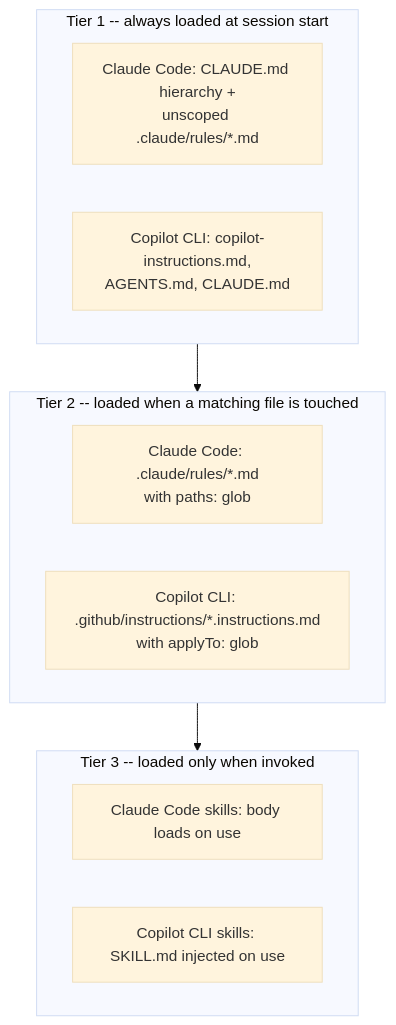
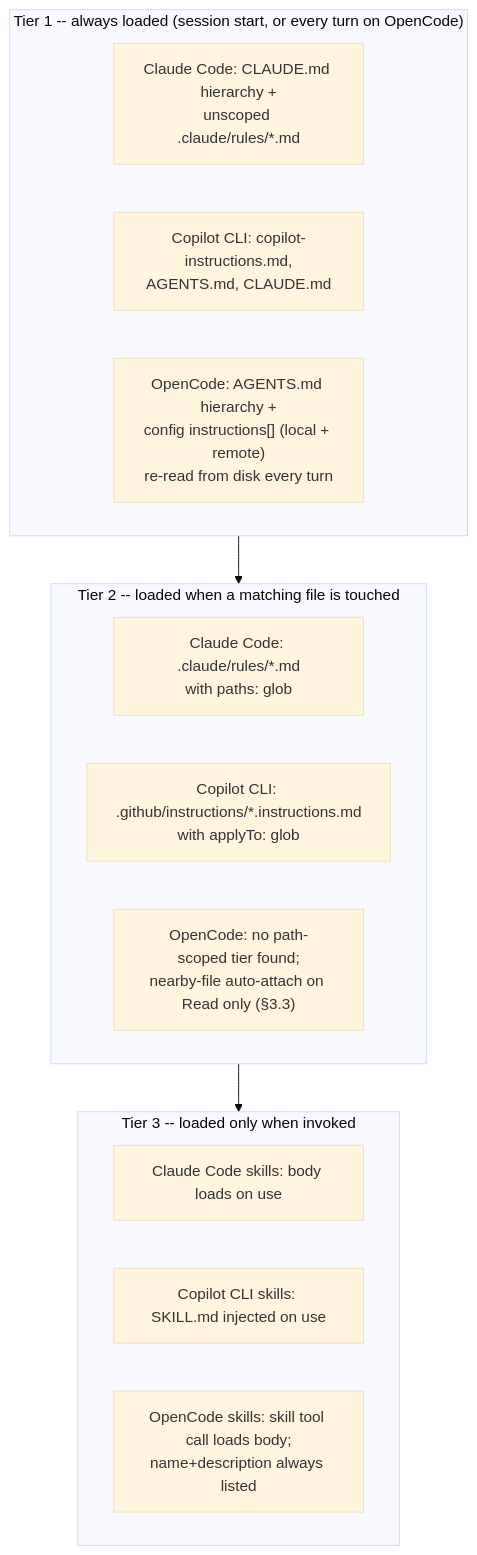
Before and after one commit to sfernandezplain/AIrchon: the diagram in references/harnesses/instruction-context-budget.md, drawn with Mermaid (base theme). The commit also changed other lines of this file and 42 other files, not shown here.

````diff
--- a/references/harnesses/instruction-context-budget.md
+++ b/references/harnesses/instruction-context-budget.md
@@ -31,16 +41,19 @@
 ```mermaid
 flowchart TD
-    subgraph Tier1["Tier 1 -- always loaded at session start"]
+    subgraph Tier1["Tier 1 -- always loaded (session start, or every turn on OpenCode)"]
         CC1["Claude Code: CLAUDE.md hierarchy +<br/>unscoped .claude/rules/*.md"]
         GH1["Copilot CLI: copilot-instructions.md,<br/>AGENTS.md, CLAUDE.md"]
+        OC1["OpenCode: AGENTS.md hierarchy +<br/>config instructions[] (local + remote)<br/>re-read from disk every turn"]
     end
     subgraph Tier2["Tier 2 -- loaded when a matching file is touched"]
         CC2["Claude Code: .claude/rules/*.md<br/>with paths: glob"]
         GH2["Copilot CLI: .github/instructions/*.instructions.md<br/>with applyTo: glob"]
+        OC2["OpenCode: no path-scoped tier found;<br/>nearby-file auto-attach on Read only (§3.3)"]
     end
     subgraph Tier3["Tier 3 -- loaded only when invoked"]
         CC3["Claude Code skills: body loads on use"]
         GH3["Copilot CLI skills: SKILL.md injected on use"]
+        OC3["OpenCode skills: skill tool call loads body;<br/>name+description always listed"]
     end
     Tier1 --> Tier2 --> Tier3
 ```
````
